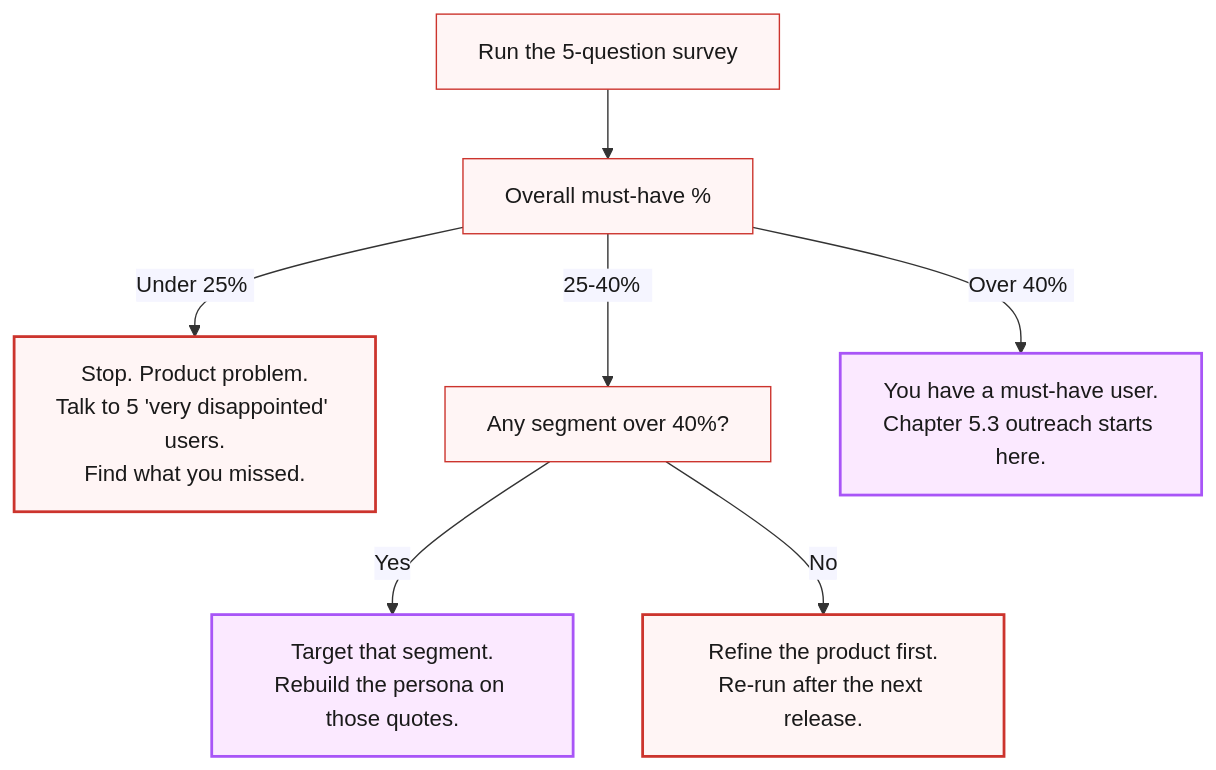
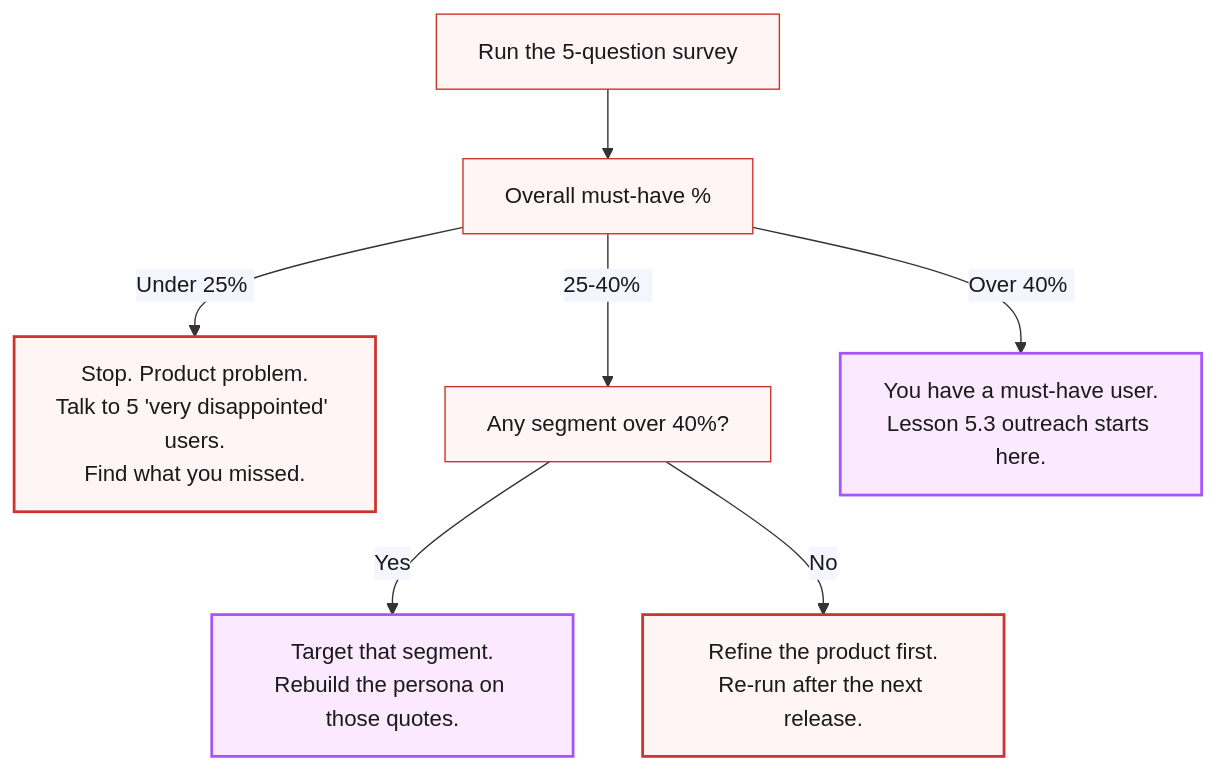
The diagram in content/course/tech-for-non-technical-founders-2026/must-have-segment-pmf-test/index.md (jetthoughts/jetthoughts.github.io), drawn with Mermaid before and after one commit. The commit also changed other lines of this file and 56 other files, not shown here.

````diff
--- a/content/course/tech-for-non-technical-founders-2026/must-have-segment-pmf-test/index.md
+++ b/content/course/tech-for-non-technical-founders-2026/must-have-segment-pmf-test/index.md
@@ -141,14 +141,14 @@
 ```mermaid
 %%{init: {'theme':'base', 'themeVariables': {'fontFamily':'Caveat, Patrick Hand, Comic Sans MS, cursive', 'primaryColor':'#fff5f5', 'primaryBorderColor':'#cc342d', 'lineColor':'#333', 'primaryTextColor':'#1a1a1a'}}}%%
 flowchart TD
     A[Run the 5-question survey] --> B[Overall must-have %]
     B -->|Under 25%&nbsp;| C[Stop. Product problem.<br/>Talk to 5 'very disappointed' users.<br/>Find what you missed.]
     B -->|25-40%&nbsp;&nbsp;| D[Any segment over 40%?]
-    B -->|Over 40%&nbsp;| E[You have a must-have user.<br/>Chapter 5.3 outreach starts here.]
+    B -->|Over 40%&nbsp;| E[You have a must-have user.<br/>Lesson 5.3 outreach starts here.]
     D -->|Yes| F[Target that segment.<br/>Rebuild the persona on those quotes.]
     D -->|No| G[Refine the product first.<br/>Re-run after the next release.]
     classDef redbox fill:#fff5f5,stroke:#cc342d,stroke-width:2px;
     classDef purplebox fill:#fbe9ff,stroke:#a855f7,stroke-width:2px;
     class C,G redbox;
     class E,F purplebox;
 ```
````
